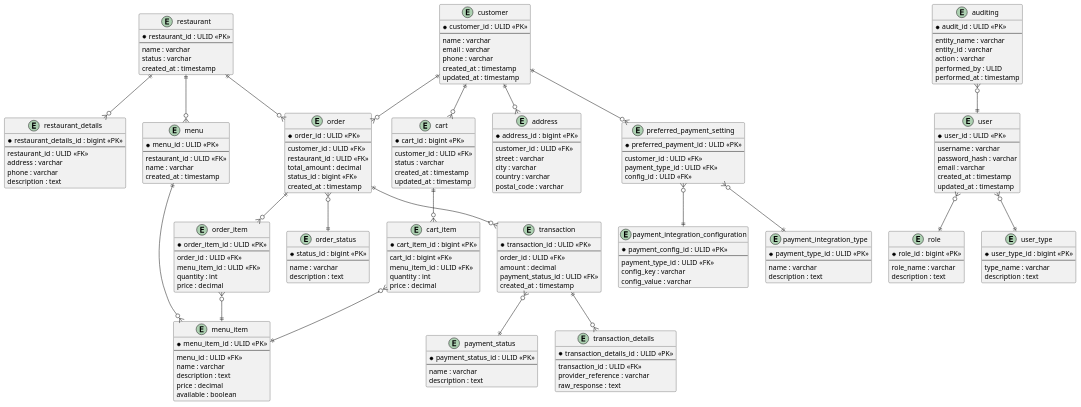
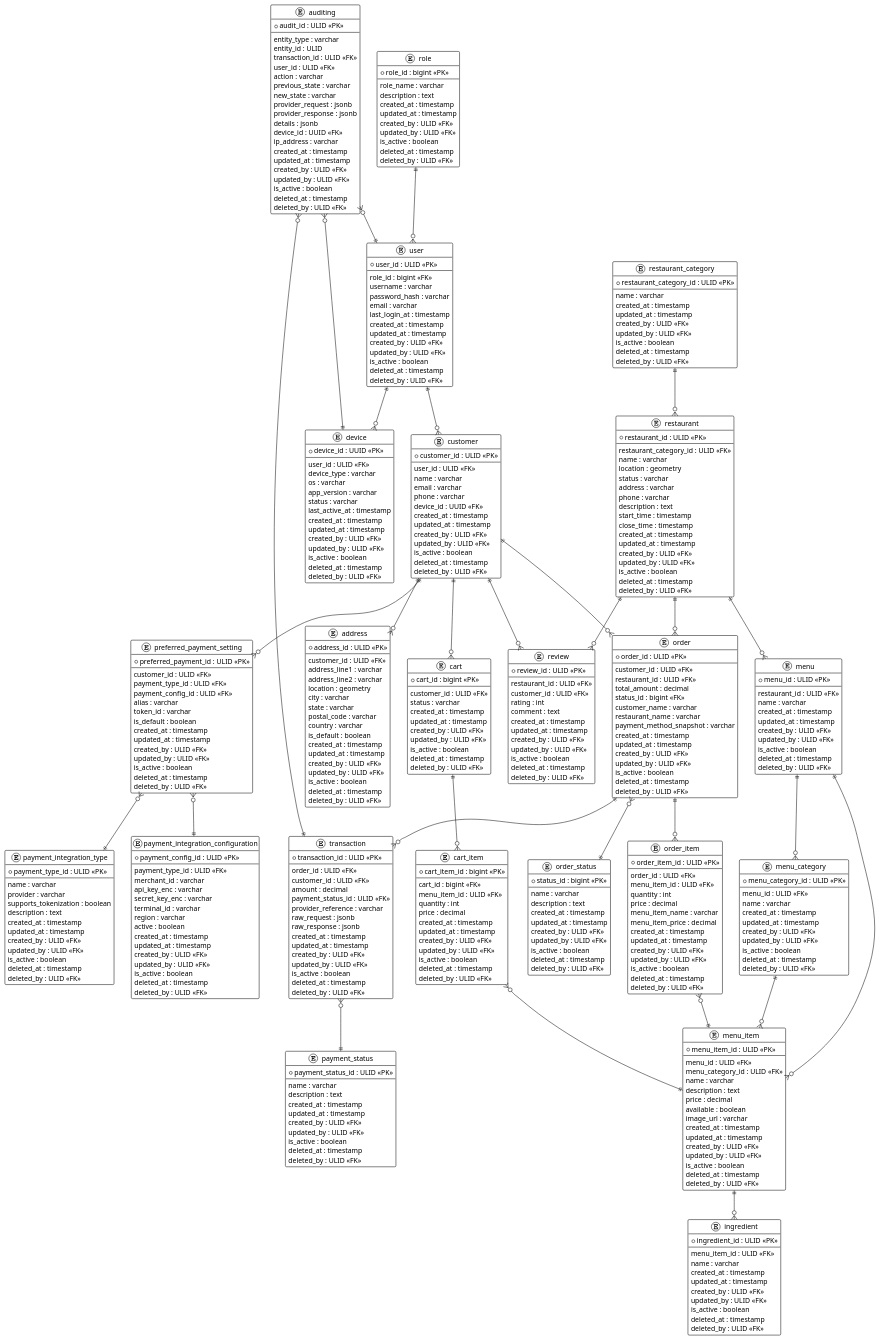
One commit to Adel1250/JavaEatsLite changed the diagram in erd/Full-ERD.puml. Above: the diagram before and after it, drawn with PlantUML.

Commit message:
Complete Full ERD

```diff
--- a/erd/Full-ERD.puml
+++ b/erd/Full-ERD.puml
@@ -1,216 +1,439 @@
-@startuml Full JavaEatsLite ERD
+@startuml Food Delivery ERD (BaseEntity Flattened)
+!theme plain
 
-' ENTITY: CUSTOMER
-entity "customer" as customer {
-  *customer_id : ULID <<PK>>
-  --
-  name : varchar
-  email : varchar
-  phone : varchar
-  created_at : timestamp
-  updated_at : timestamp
+' ======================
+' CORE ENTITIES
+' ======================
+
+entity user {
+    *user_id : ULID <<PK>>
+    --
+    role_id : bigint <<FK>>
+    username : varchar
+    password_hash : varchar
+    email : varchar
+    last_login_at : timestamp
+    created_at : timestamp
+    updated_at : timestamp
+    created_by : ULID <<FK>>
+    updated_by : ULID <<FK>>
+    is_active : boolean
+    deleted_at : timestamp
+    deleted_by : ULID <<FK>>
 }
 
-' ENTITY: USER
-entity "user" as user {
-  *user_id : ULID <<PK>>
-  --
-  username : varchar
-  password_hash : varchar
-  email : varchar
-  created_at : timestamp
-  updated_at : timestamp
+entity role {
+    *role_id : bigint <<PK>>
+    --
+    role_name : varchar
+    description : text
+    created_at : timestamp
+    updated_at : timestamp
+    created_by : ULID <<FK>>
+    updated_by : ULID <<FK>>
+    is_active : boolean
+    deleted_at : timestamp
+    deleted_by : ULID <<FK>>
 }
 
-' ENTITY: ROLE
-entity "role" as role {
-  *role_id : bigint <<PK>>
-  --
-  role_name : varchar
-  description : text
+entity device {
+    *device_id : UUID <<PK>>
+    --
+    user_id : ULID <<FK>>
+    device_type : varchar
+    os : varchar
+    app_version : varchar
+    status : varchar
+    last_active_at : timestamp
+    created_at : timestamp
+    updated_at : timestamp
+    created_by : ULID <<FK>>
+    updated_by : ULID <<FK>>
+    is_active : boolean
+    deleted_at : timestamp
+    deleted_by : ULID <<FK>>
 }
 
-' ENTITY: USER_TYPE
-entity "user_type" as user_type {
-  *user_type_id : bigint <<PK>>
-  --
-  type_name : varchar
-  description : text
+entity customer {
+    *customer_id : ULID <<PK>>
+    --
+    user_id : ULID <<FK>>
+    name : varchar
+    email : varchar
+    phone : varchar
+    device_id : UUID <<FK>>
+    created_at : timestamp
+    updated_at : timestamp
+    created_by : ULID <<FK>>
+    updated_by : ULID <<FK>>
+    is_active : boolean
+    deleted_at : timestamp
+    deleted_by : ULID <<FK>>
 }
 
-' ENTITY: RESTAURANT
-entity "restaurant" as restaurant {
-  *restaurant_id : ULID <<PK>>
-  --
-  name : varchar
-  status : varchar
-  created_at : timestamp
+' ======================
+' RESTAURANT & MENU
+' ======================
+
+entity restaurant_category {
+    *restaurant_category_id : ULID <<PK>>
+    --
+    name : varchar
+    created_at : timestamp
+    updated_at : timestamp
+    created_by : ULID <<FK>>
+    updated_by : ULID <<FK>>
+    is_active : boolean
+    deleted_at : timestamp
+    deleted_by : ULID <<FK>>
 }
 
-' ENTITY: RESTAURANT_DETAILS
-entity "restaurant_details" as restaurant_details {
-  *restaurant_details_id : bigint <<PK>>
-  --
-  restaurant_id : ULID <<FK>>
-  address : varchar
-  phone : varchar
-  description : text
+entity restaurant {
+    *restaurant_id : ULID <<PK>>
+    --
+    restaurant_category_id : ULID <<FK>>
+    name : varchar
+    location : geometry
+    status : varchar
+    address : varchar
+    phone : varchar
+    description : text
+    start_time : timestamp
+    close_time : timestamp
+    created_at : timestamp
+    updated_at : timestamp
+    created_by : ULID <<FK>>
+    updated_by : ULID <<FK>>
+    is_active : boolean
+    deleted_at : timestamp
+    deleted_by : ULID <<FK>>
 }
 
-' ENTITY: MENU
-entity "menu" as menu {
-  *menu_id : ULID <<PK>>
-  --
-  restaurant_id : ULID <<FK>>
-  name : varchar
-  created_at : timestamp
+entity menu {
+    *menu_id : ULID <<PK>>
+    --
+    restaurant_id : ULID <<FK>>
+    name : varchar
+    created_at : timestamp
+    updated_at : timestamp
+    created_by : ULID <<FK>>
+    updated_by : ULID <<FK>>
+    is_active : boolean
+    deleted_at : timestamp
+    deleted_by : ULID <<FK>>
 }
 
-' ENTITY: MENU_ITEM
-entity "menu_item" as menu_item {
-  *menu_item_id : ULID <<PK>>
-  --
-  menu_id : ULID <<FK>>
-  name : varchar
-  description : text
-  price : decimal
-  available : boolean
+entity menu_category {
+    *menu_category_id : ULID <<PK>>
+    --
+    menu_id : ULID <<FK>>
+    name : varchar
+    created_at : timestamp
+    updated_at : timestamp
+    created_by : ULID <<FK>>
+    updated_by : ULID <<FK>>
+    is_active : boolean
+    deleted_at : timestamp
+    deleted_by : ULID <<FK>>
 }
 
-' ENTITY: CART
-entity "cart" as cart {
+entity menu_item {
+    *menu_item_id : ULID <<PK>>
+    --
+    menu_id : ULID <<FK>>
+    menu_category_id : ULID <<FK>>
+    name : varchar
+    description : text
+    price : decimal
+    available : boolean
+    image_url : varchar
+    created_at : timestamp
+    updated_at : timestamp
+    created_by : ULID <<FK>>
+    updated_by : ULID <<FK>>
+    is_active : boolean
+    deleted_at : timestamp
+    deleted_by : ULID <<FK>>
+}
+
+entity ingredient {
+    *ingredient_id : ULID <<PK>>
+    --
+    menu_item_id : ULID <<FK>>
+    name : varchar
+    created_at : timestamp
+    updated_at : timestamp
+    created_by : ULID <<FK>>
+    updated_by : ULID <<FK>>
+    is_active : boolean
+    deleted_at : timestamp
+    deleted_by : ULID <<FK>>
+}
+
+entity review {
+    *review_id : ULID <<PK>>
+    --
+    restaurant_id : ULID <<FK>>
+    customer_id : ULID <<FK>>
+    rating : int
+    comment : text
+    created_at : timestamp
+    updated_at : timestamp
+    created_by : ULID <<FK>>
+    updated_by : ULID <<FK>>
+    is_active : boolean
+    deleted_at : timestamp
+    deleted_by : ULID <<FK>>
+}
+
+' ======================
+' CART MANAGEMENT
+' ======================
+
+entity cart {
     *cart_id : bigint <<PK>>
     --
     customer_id : ULID <<FK>>
     status : varchar
     created_at : timestamp
     updated_at : timestamp
+    created_by : ULID <<FK>>
+    updated_by : ULID <<FK>>
+    is_active : boolean
+    deleted_at : timestamp
+    deleted_by : ULID <<FK>>
 }
 
-' ENTITY: CART_ITEM
-entity "cart_item" as cart_item {
+entity cart_item {
     *cart_item_id : bigint <<PK>>
     --
     cart_id : bigint <<FK>>
     menu_item_id : ULID <<FK>>
     quantity : int
     price : decimal
+    created_at : timestamp
+    updated_at : timestamp
+    created_by : ULID <<FK>>
+    updated_by : ULID <<FK>>
+    is_active : boolean
+    deleted_at : timestamp
+    deleted_by : ULID <<FK>>
 }
 
-' ENTITY: ORDER
+' ======================
+' ORDER MANAGEMENT
+' ======================
+
 entity "order" as order {
-  *order_id : ULID <<PK>>
-  --
-  customer_id : ULID <<FK>>
-  restaurant_id : ULID <<FK>>
-  total_amount : decimal
-  status_id : bigint <<FK>>
-  created_at : timestamp
+    *order_id : ULID <<PK>>
+    --
+    customer_id : ULID <<FK>>
+    restaurant_id : ULID <<FK>>
+    total_amount : decimal
+    status_id : bigint <<FK>>
+    customer_name : varchar
+    restaurant_name : varchar
+    payment_method_snapshot : varchar
+    created_at : timestamp
+    updated_at : timestamp
+    created_by : ULID <<FK>>
+    updated_by : ULID <<FK>>
+    is_active : boolean
+    deleted_at : timestamp
+    deleted_by : ULID <<FK>>
 }
 
-' ENTITY: ORDER_ITEM
-entity "order_item" as order_item {
-  *order_item_id : ULID <<PK>>
-  --
-  order_id : ULID <<FK>>
-  menu_item_id : ULID <<FK>>
-  quantity : int
-  price : decimal
+entity order_item {
+    *order_item_id : ULID <<PK>>
+    --
+    order_id : ULID <<FK>>
+    menu_item_id : ULID <<FK>>
+    quantity : int
+    price : decimal
+    menu_item_name : varchar
+    menu_item_price : decimal
+    created_at : timestamp
+    updated_at : timestamp
+    created_by : ULID <<FK>>
+    updated_by : ULID <<FK>>
+    is_active : boolean
+    deleted_at : timestamp
+    deleted_by : ULID <<FK>>
 }
 
-' ENTITY: ORDER_STATUS
-entity "order_status" as order_status {
-  *status_id : bigint <<PK>>
-  --
-  name : varchar
-  description : text
+entity order_status {
+    *status_id : bigint <<PK>>
+    --
+    name : varchar
+    description : text
+    created_at : timestamp
+    updated_at : timestamp
+    created_by : ULID <<FK>>
+    updated_by : ULID <<FK>>
+    is_active : boolean
+    deleted_at : timestamp
+    deleted_by : ULID <<FK>>
 }
 
-' ENTITY: ADDRESS
-entity "address" as address {
-  *address_id : bigint <<PK>>
-  --
-  customer_id : ULID <<FK>>
-  street : varchar
-  city : varchar
-  country : varchar
-  postal_code : varchar
+' ======================
+' ADDRESSES
+' ======================
+
+entity address {
+    *address_id : ULID <<PK>>
+    --
+    customer_id : ULID <<FK>>
+    address_line1 : varchar
+    address_line2 : varchar
+    location : geometry
+    city : varchar
+    state : varchar
+    postal_code : varchar
+    country : varchar
+    is_default : boolean
+    created_at : timestamp
+    updated_at : timestamp
+    created_by : ULID <<FK>>
+    updated_by : ULID <<FK>>
+    is_active : boolean
+    deleted_at : timestamp
+    deleted_by : ULID <<FK>>
 }
 
-' ENTITY: PREFERRED_PAYMENT_SETTING
-entity "preferred_payment_setting" as preferred_payment_setting {
-  *preferred_payment_id : ULID <<PK>>
-  --
-  customer_id : ULID <<FK>>
-  payment_type_id : ULID <<FK>>
-  config_id : ULID <<FK>>
+' ======================
+' PAYMENTS (SECURED)
+' ======================
+
+entity preferred_payment_setting {
+    *preferred_payment_id : ULID <<PK>>
+    --
+    customer_id : ULID <<FK>>
+    payment_type_id : ULID <<FK>>
+    payment_config_id : ULID <<FK>>
+    alias : varchar
+    token_id : varchar
+    is_default : boolean
+    created_at : timestamp
+    updated_at : timestamp
+    created_by : ULID <<FK>>
+    updated_by : ULID <<FK>>
+    is_active : boolean
+    deleted_at : timestamp
+    deleted_by : ULID <<FK>>
 }
 
-' ENTITY: TRANSACTION
-entity "transaction" as transaction {
-  *transaction_id : ULID <<PK>>
-  --
-  order_id : ULID <<FK>>
-  amount : decimal
-  payment_status_id : ULID <<FK>>
-  created_at : timestamp
+entity transaction {
+    *transaction_id : ULID <<PK>>
+    --
+    order_id : ULID <<FK>>
+    customer_id : ULID <<FK>>
+    amount : decimal
+    payment_status_id : ULID <<FK>>
+    provider_reference : varchar
+    raw_request : jsonb
+    raw_response : jsonb
+    created_at : timestamp
+    updated_at : timestamp
+    created_by : ULID <<FK>>
+    updated_by : ULID <<FK>>
+    is_active : boolean
+    deleted_at : timestamp
+    deleted_by : ULID <<FK>>
 }
 
-' ENTITY: TRANSACTION_DETAILS
-entity "transaction_details" as transaction_details {
-  *transaction_details_id : ULID <<PK>>
-  --
-  transaction_id : ULID <<FK>>
-  provider_reference : varchar
-  raw_response : text
+entity payment_integration_type {
+    *payment_type_id : ULID <<PK>>
+    --
+    name : varchar
+    provider : varchar
+    supports_tokenization : boolean
+    description : text
+    created_at : timestamp
+    updated_at : timestamp
+    created_by : ULID <<FK>>
+    updated_by : ULID <<FK>>
+    is_active : boolean
+    deleted_at : timestamp
+    deleted_by : ULID <<FK>>
 }
 
-' ENTITY: PAYMENT_INTEGRATION_TYPE
-entity "payment_integration_type" as payment_integration_type {
-  *payment_type_id : ULID <<PK>>
-  --
-  name : varchar
-  description : text
+entity payment_integration_configuration {
+    *payment_config_id : ULID <<PK>>
+    --
+    payment_type_id : ULID <<FK>>
+    merchant_id : varchar
+    api_key_enc : varchar
+    secret_key_enc : varchar
+    terminal_id : varchar
+    region : varchar
+    active : boolean
+    created_at : timestamp
+    updated_at : timestamp
+    created_by : ULID <<FK>>
+    updated_by : ULID <<FK>>
+    is_active : boolean
+    deleted_at : timestamp
+    deleted_by : ULID <<FK>>
 }
 
-' ENTITY: PAYMENT_INTEGRATION_CONFIGURATION
-entity "payment_integration_configuration" as payment_integration_configuration {
-  *payment_config_id : ULID <<PK>>
-  --
-  payment_type_id : ULID <<FK>>
-  config_key : varchar
-  config_value : varchar
+entity payment_status {
+    *payment_status_id : ULID <<PK>>
+    --
+    name : varchar
+    description : text
+    created_at : timestamp
+    updated_at : timestamp
+    created_by : ULID <<FK>>
+    updated_by : ULID <<FK>>
+    is_active : boolean
+    deleted_at : timestamp
+    deleted_by : ULID <<FK>>
 }
 
-' ENTITY: PAYMENT_STATUS
-entity "payment_status" as payment_status {
-  *payment_status_id : ULID <<PK>>
-  --
-  name : varchar
-  description : text
+' ======================
+' AUDITING
+' ======================
+
+entity auditing {
+    *audit_id : ULID <<PK>>
+    --
+    entity_type : varchar
+    entity_id : ULID
+    transaction_id : ULID <<FK>>
+    user_id : ULID <<FK>>
+    action : varchar
+    previous_state : varchar
+    new_state : varchar
+    provider_request : jsonb
+    provider_response : jsonb
+    details : jsonb
+    device_id : UUID <<FK>>
+    ip_address : varchar
+    created_at : timestamp
+    updated_at : timestamp
+    created_by : ULID <<FK>>
+    updated_by : ULID <<FK>>
+    is_active : boolean
+    deleted_at : timestamp
+    deleted_by : ULID <<FK>>
 }
 
-' ENTITY: AUDITING
-entity "auditing" as auditing {
-  *audit_id : ULID <<PK>>
-  --
-  entity_name : varchar
-  entity_id : varchar
-  action : varchar
-  performed_by : ULID
-  performed_at : timestamp
-}
+' ======================
+' RELATIONSHIPS
+' ======================
 
-' -------------------
-' RELATIONSHIPS
-' -------------------
+role ||--o{ user
+user ||--o{ device
 
-user }o--|| role
-user }o--|| user_type
-
-restaurant ||--o{ restaurant_details
+user ||--o{ customer
+restaurant_category ||--o{ restaurant
 restaurant ||--o{ menu
+menu ||--o{ menu_category
 menu ||--o{ menu_item
+menu_category ||--o{ menu_item
+menu_item ||--o{ ingredient
+restaurant ||--o{ review
+customer ||--o{ review
 
 customer ||--o{ cart
 cart ||--o{ cart_item
@@ -229,9 +452,10 @@
 preferred_payment_setting }o--|| payment_integration_configuration
 
 order ||--o{ transaction
-transaction ||--o{ transaction_details
 transaction }o--|| payment_status
 
 auditing }o--|| user
+auditing }o--|| device
+auditing }o--|| transaction
 
 @enduml
```
